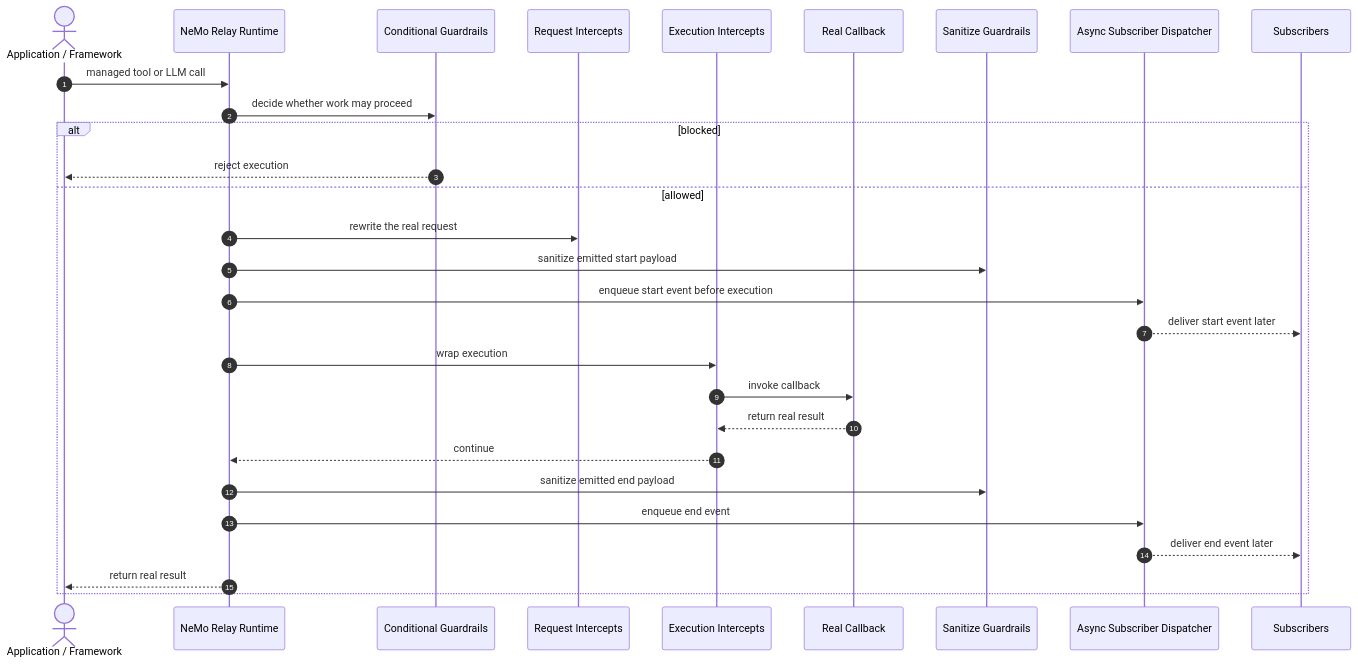
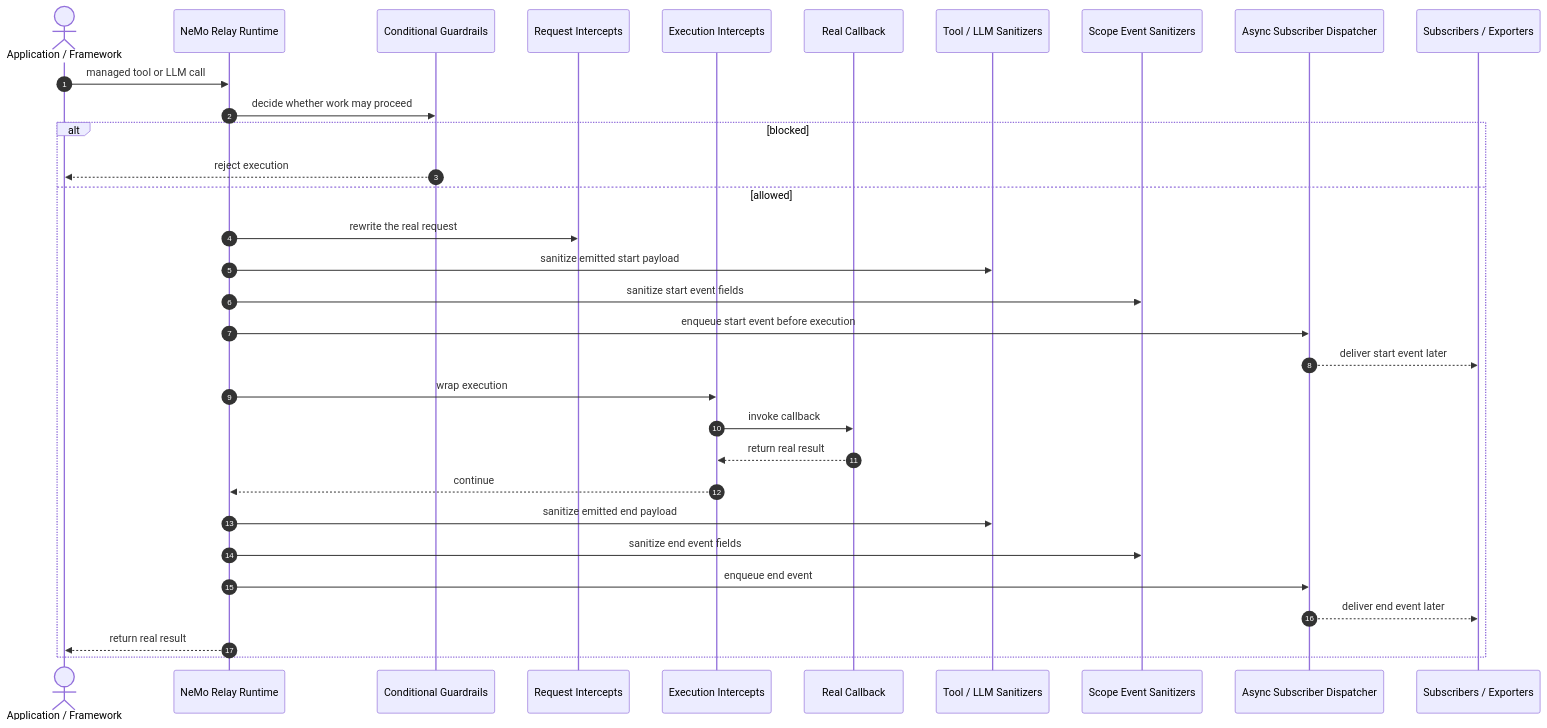
Before and after one commit to NVIDIA/NeMo-Relay: the first of 2 diagrams in docs/about-nemo-relay/concepts/middleware.mdx, drawn with Mermaid. The commit also changed other lines of this file and 3 other files, not shown here.

````diff
--- a/docs/about-nemo-relay/concepts/middleware.mdx
+++ b/docs/about-nemo-relay/concepts/middleware.mdx
@@ -134,33 +134,36 @@
 ```mermaid
 sequenceDiagram
     autonumber
     actor Caller as Application / Framework
     participant Runtime as NeMo Relay Runtime
     participant Cond as Conditional Guardrails
     participant Req as Request Intercepts
     participant Exec as Execution Intercepts
     participant Callback as Real Callback
-    participant San as Sanitize Guardrails
+    participant San as Tool / LLM Sanitizers
+    participant EventSan as Scope Event Sanitizers
     participant Dispatch as Async Subscriber Dispatcher
-    participant Subs as Subscribers
+    participant Consumers as Subscribers / Exporters
 
     Caller->>Runtime: managed tool or LLM call
     Runtime->>Cond: decide whether work may proceed
 
     alt blocked
         Cond-->>Caller: reject execution
     else allowed
         Runtime->>Req: rewrite the real request
         Runtime->>San: sanitize emitted start payload
+        Runtime->>EventSan: sanitize start event fields
         Runtime->>Dispatch: enqueue start event before execution
-        Dispatch-->>Subs: deliver start event later
+        Dispatch-->>Consumers: deliver start event later
         Runtime->>Exec: wrap execution
         Exec->>Callback: invoke callback
         Callback-->>Exec: return real result
         Exec-->>Runtime: continue
         Runtime->>San: sanitize emitted end payload
+        Runtime->>EventSan: sanitize end event fields
         Runtime->>Dispatch: enqueue end event
-        Dispatch-->>Subs: deliver end event later
+        Dispatch-->>Consumers: deliver end event later
         Runtime-->>Caller: return real result
     end
 ```
````
